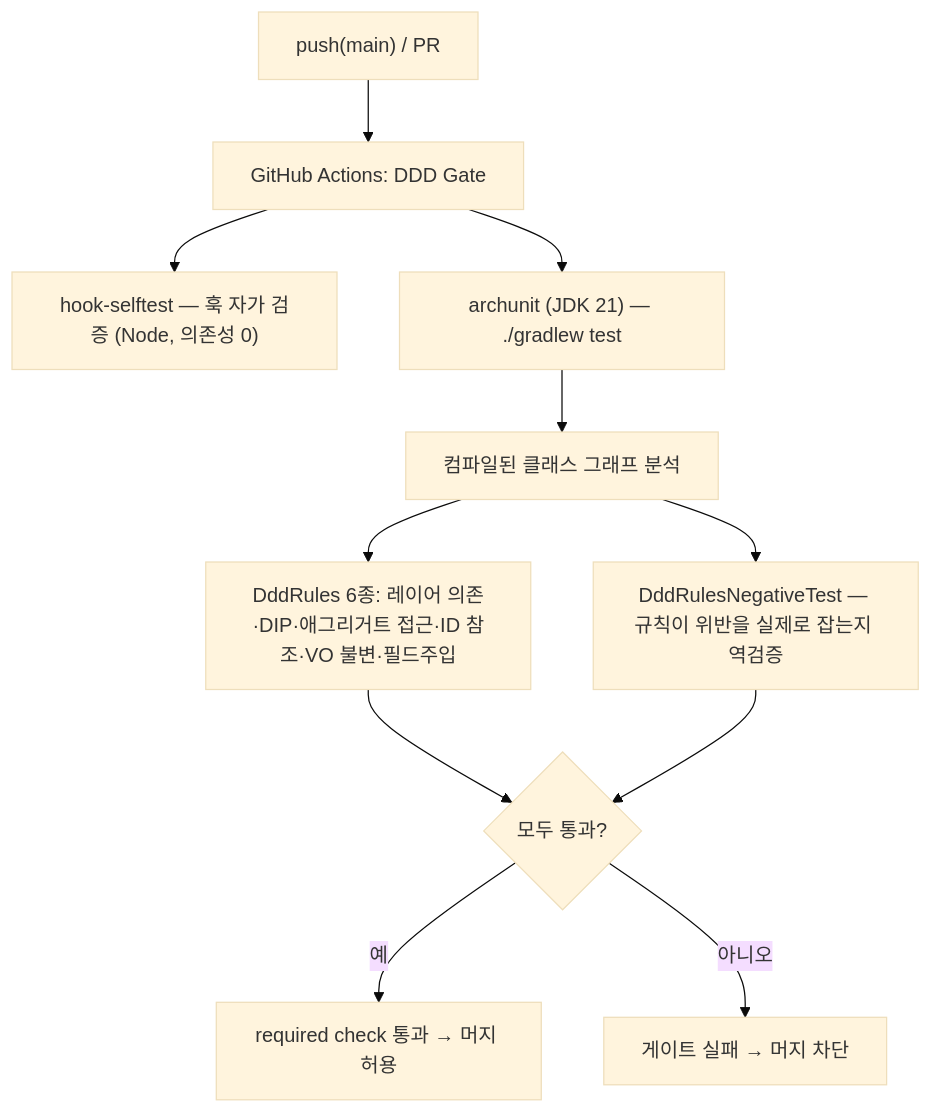
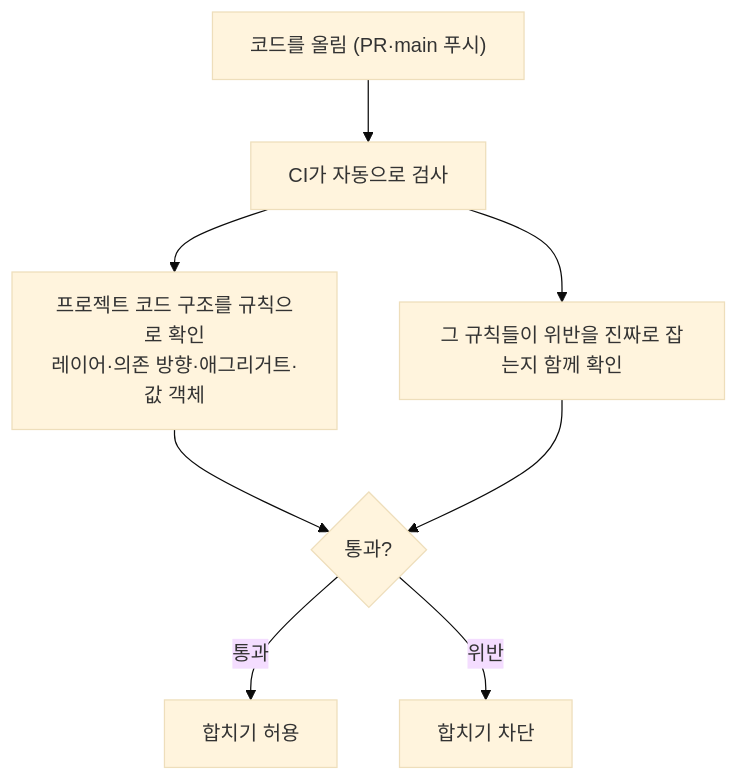
Before and after one commit to HongJungWan/opinionated-harness-template: the second of 4 diagrams in README.md, drawn with Mermaid (base theme). The commit also changed other lines of this file, not shown here.

First line of the commit message:
docs: Rewrite README diagrams in plain language for non-engineers (#5)

````diff
--- a/README.md
+++ b/README.md
@@ -59,13 +54,10 @@
 ```mermaid
 flowchart TD
-    A["push(main) / PR"] --> B["GitHub Actions: DDD Gate"]
-    B --> C["hook-selftest — 훅 자가 검증 (Node, 의존성 0)"]
-    B --> D["archunit (JDK 21) — ./gradlew test"]
-    D --> E["컴파일된 클래스 그래프 분석"]
-    E --> F["DddRules 6종: 레이어 의존·DIP·애그리거트 접근·ID 참조·VO 불변·필드주입"]
-    E --> G["DddRulesNegativeTest — 규칙이 위반을 실제로 잡는지 역검증"]
-    F --> H{"모두 통과?"}
-    G --> H
-    H -->|"예"| I["required check 통과 → 머지 허용"]
-    H -->|"아니오"| J["게이트 실패 → 머지 차단"]
+    A["코드를 올림 (PR·main 푸시)"] --> B["CI가 자동으로 검사"]
+    B --> C["프로젝트 코드 구조를 규칙으로 확인<br/>레이어·의존 방향·애그리거트·값 객체"]
+    B --> D["그 규칙들이 위반을 진짜로 잡는지 함께 확인"]
+    C --> E{"통과?"}
+    D --> E
+    E -->|"통과"| F["합치기 허용"]
+    E -->|"위반"| G["합치기 차단"]
 ```
````
